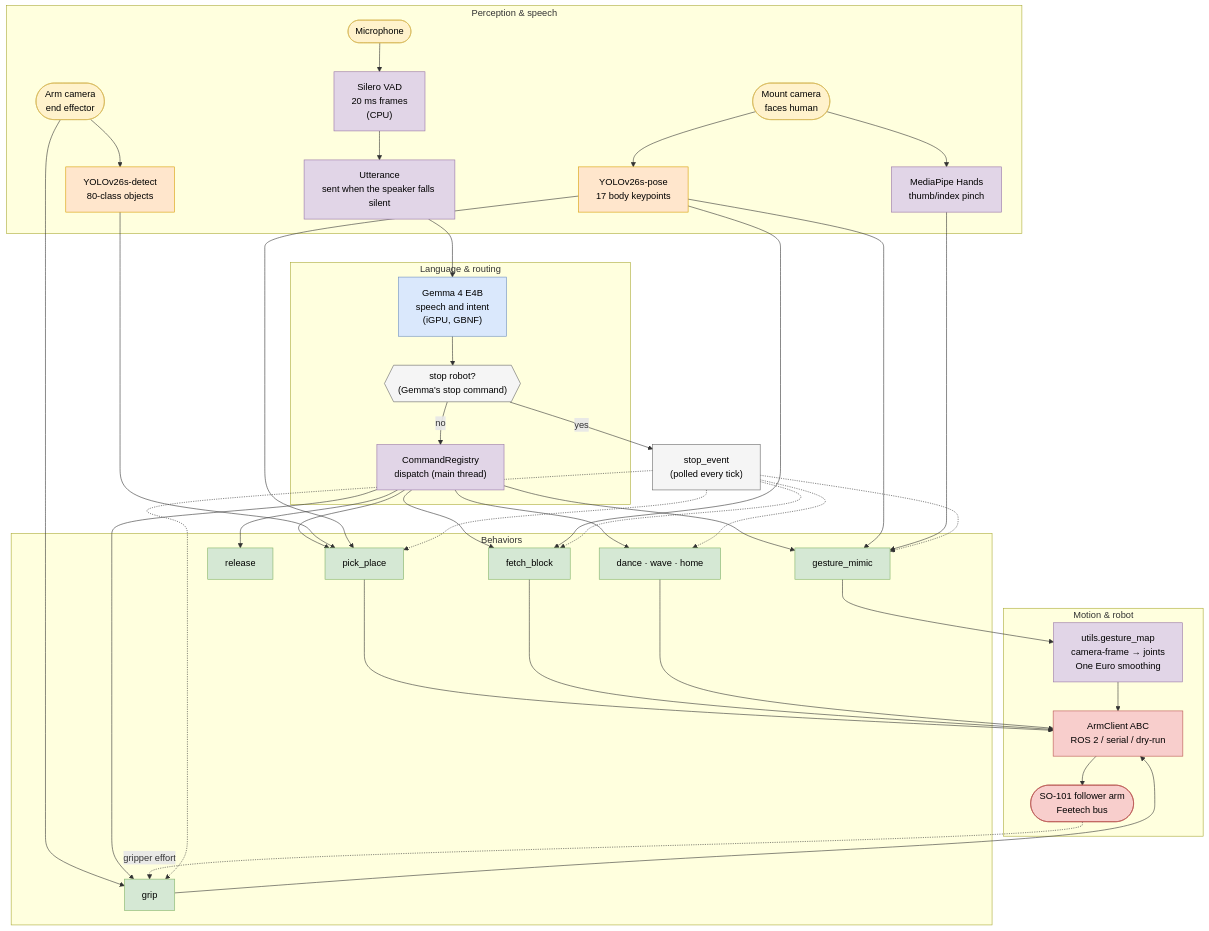
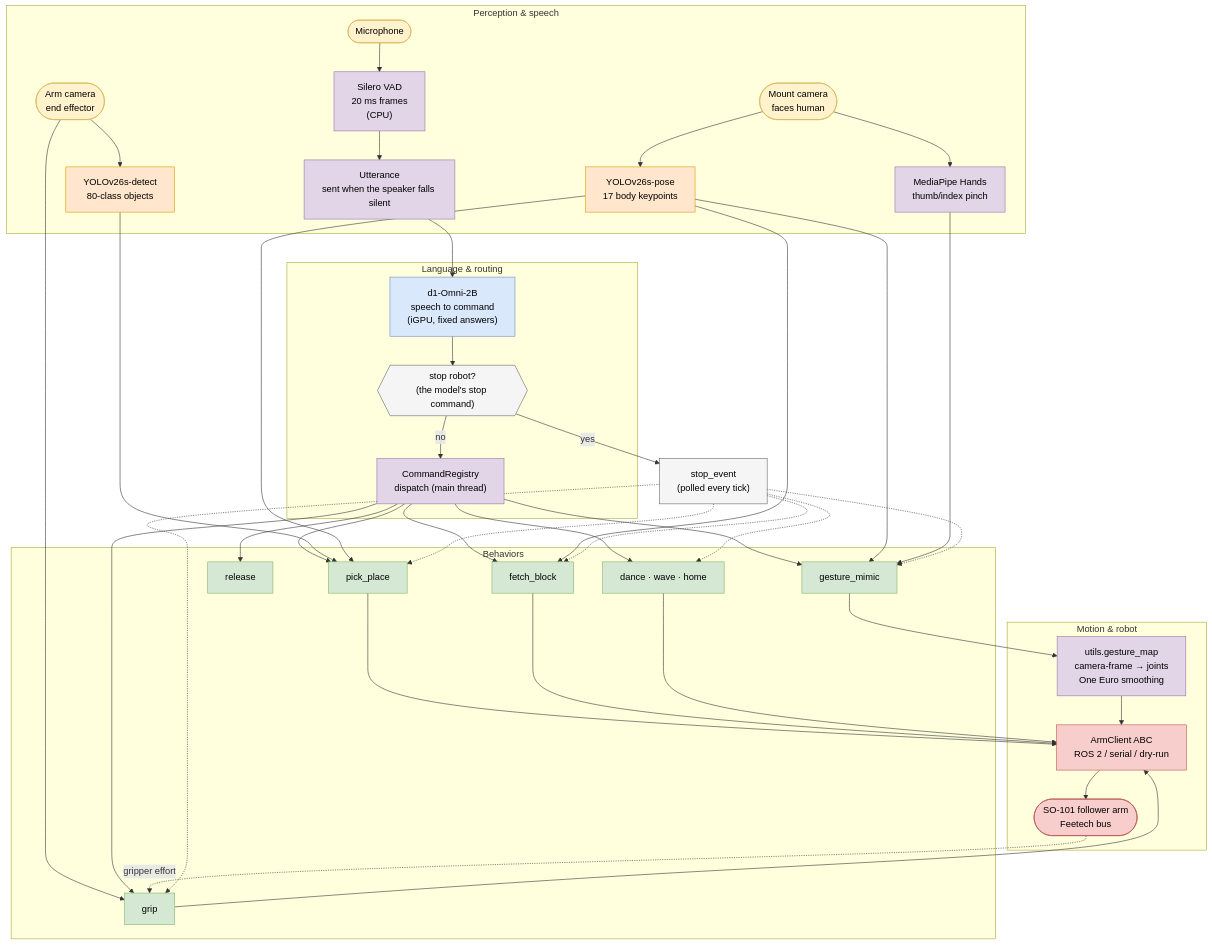
One commit to ThomasGmeinder/embedded-x86-ai changed the first of 3 diagrams in workshops/vvla-pipeline/README.md. Above: the diagram before and after it, drawn with Mermaid. The commit also changed other lines of this file and 19 other files, not shown here.

First line of the commit message:
Make d1-Omni-2B the default voice model, named from the config everywhere.

````diff
--- a/workshops/vvla-pipeline/README.md
+++ b/workshops/vvla-pipeline/README.md
@@ -12,72 +16,72 @@
 ```mermaid
 flowchart TB
     subgraph SENSE["Perception &amp; speech"]
         MIC([Microphone]):::io
         MOUNTCAM([Mount camera<br/>faces human]):::io
         ARMCAM([Arm camera<br/>end effector]):::io
 
         SILERO["Silero VAD<br/>20 ms frames<br/>(CPU)"]:::cpu
         HOP["Utterance<br/>sent when the speaker falls silent"]:::cpu
         POSE["YOLOv26s-pose<br/>17 body keypoints"]:::npu
         DETECT["YOLOv26s-detect<br/>80-class objects"]:::npu
         HANDS["MediaPipe Hands<br/>thumb/index pinch"]:::cpu
     end
 
     subgraph THINK["Language &amp; routing"]
-        GEMMA["Gemma 4 E4B<br/>speech and intent<br/>(iGPU, GBNF)"]:::gpu
-        STOPCHK{{"stop robot?<br/>(Gemma's stop command)"}}:::gate
+        GEMMA["d1-Omni-2B<br/>speech to command<br/>(iGPU, fixed answers)"]:::gpu
+        STOPCHK{{"stop robot?<br/>(the model's stop command)"}}:::gate
         REG["CommandRegistry<br/>dispatch (main thread)"]:::cpu
     end
 
     subgraph ACT["Behaviors"]
         MIMIC["gesture_mimic"]:::beh
         PICK["pick_place"]:::beh
         FETCH["fetch_block"]:::beh
         GRIP["grip"]:::beh
         RELEASE["release"]:::beh
         OTHER["dance · wave · home"]:::beh
     end
 
     subgraph MOVE["Motion &amp; robot"]
         RETARGET["utils.gesture_map<br/>camera-frame → joints<br/>One Euro smoothing"]:::cpu
         ARMCLIENT["ArmClient ABC<br/>ROS 2 / serial / dry-run"]:::robot
         ARM([SO-101 follower arm<br/>Feetech bus]):::robot
     end
 
     STOPEVENT["stop_event<br/>(polled every tick)"]:::gate
 
     MIC --> SILERO --> HOP --> GEMMA --> STOPCHK
     STOPCHK -- "no" --> REG
     STOPCHK -- "yes" --> STOPEVENT
 
     MOUNTCAM --> POSE
     MOUNTCAM --> HANDS
     ARMCAM --> DETECT
     ARMCAM --> GRIP
 
     REG --> MIMIC & PICK & FETCH & GRIP & RELEASE & OTHER
 
     POSE --> MIMIC
     HANDS --> MIMIC
     DETECT --> PICK
     POSE --> PICK
     POSE --> FETCH
 
     MIMIC --> RETARGET --> ARMCLIENT
     PICK --> ARMCLIENT
     FETCH --> ARMCLIENT
     GRIP --> ARMCLIENT
     OTHER --> ARMCLIENT
     ARMCLIENT --> ARM
     ARM -. "gripper effort" .-> GRIP
 
     STOPEVENT -.-> MIMIC & PICK & FETCH & GRIP & OTHER
 
     classDef npu fill:#ffe6cc,stroke:#d79b00,color:#000;
     classDef gpu fill:#dae8fc,stroke:#6c8ebf,color:#000;
     classDef cpu fill:#e1d5e7,stroke:#9673a6,color:#000;
     classDef beh fill:#d5e8d4,stroke:#82b366,color:#000;
     classDef robot fill:#f8cecc,stroke:#b85450,color:#000;
     classDef io fill:#fff2cc,stroke:#d6b656,color:#000;
     classDef gate fill:#f5f5f5,stroke:#666,color:#000;
 ```
````
